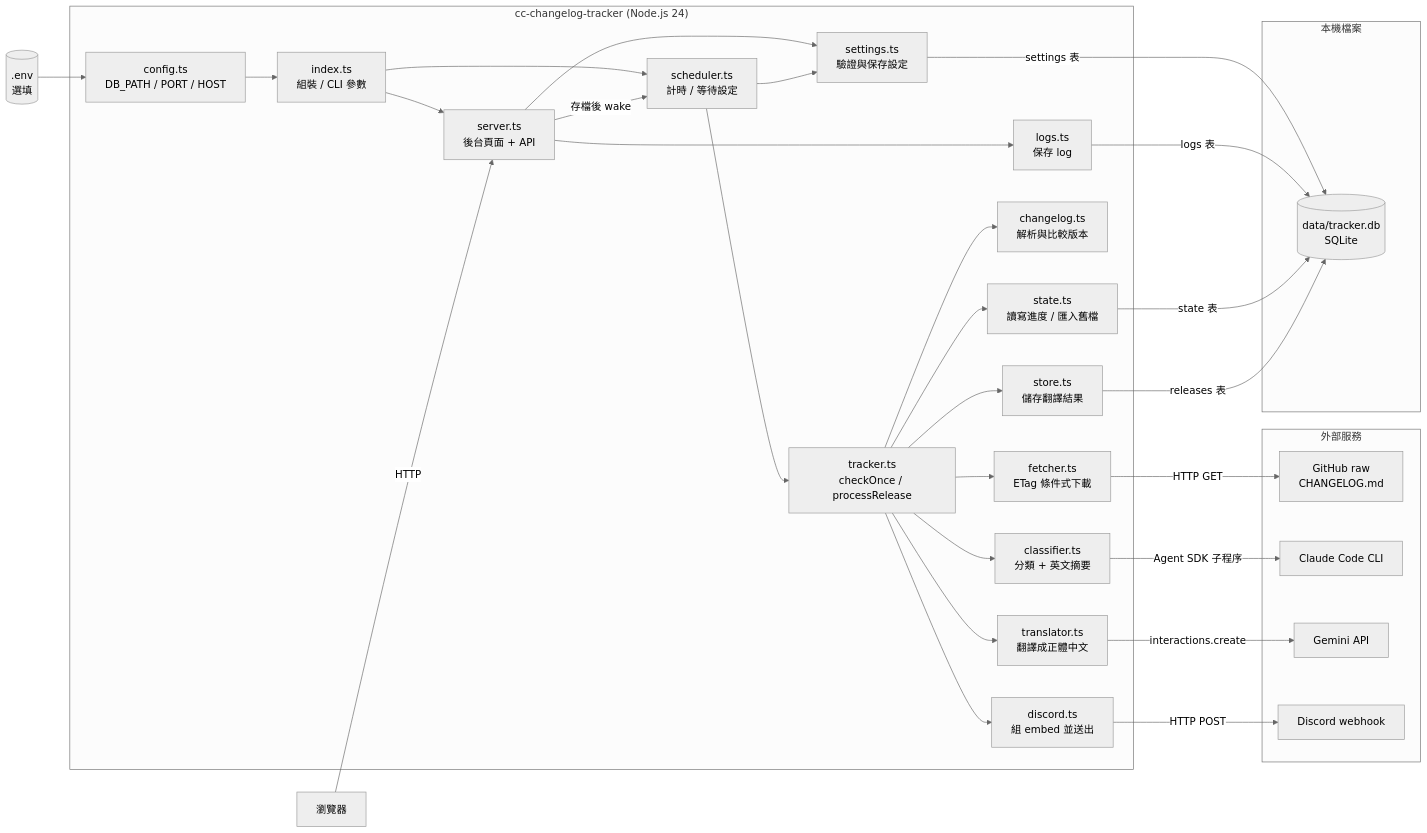
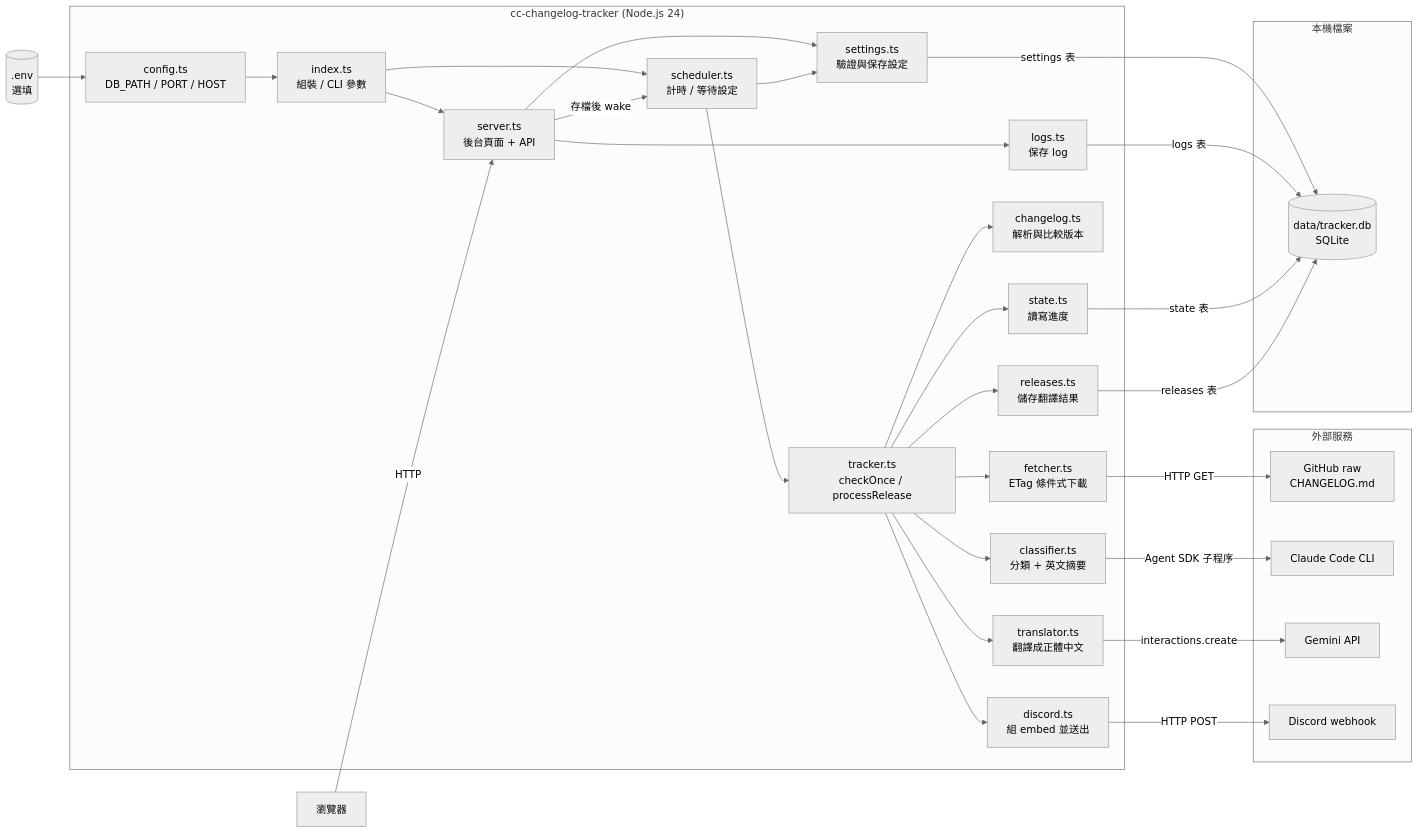
Before and after one commit to seanmars/cc-changelog-tracker: the diagram in docs/src/architecture.mmd, drawn with Mermaid (neutral theme). The commit also changed 8 other files, not shown here.

Commit message:
refactor: drop state.json migration and rename store to releases

```diff
--- a/docs/src/architecture.mmd
+++ b/docs/src/architecture.mmd
@@ -1,57 +1,57 @@
 flowchart LR
   env[(".env<br/>選填")]
   browser["瀏覽器"]
 
   subgraph app["cc-changelog-tracker (Node.js 24)"]
     config["config.ts<br/>DB_PATH / PORT / HOST"]
     index["index.ts<br/>組裝 / CLI 參數"]
     server["server.ts<br/>後台頁面 + API"]
     scheduler["scheduler.ts<br/>計時 / 等待設定"]
     settings["settings.ts<br/>驗證與保存設定"]
     logs["logs.ts<br/>保存 log"]
     tracker["tracker.ts<br/>checkOnce / processRelease"]
     fetcher["fetcher.ts<br/>ETag 條件式下載"]
     changelog["changelog.ts<br/>解析與比較版本"]
     classifier["classifier.ts<br/>分類 + 英文摘要"]
     translator["translator.ts<br/>翻譯成正體中文"]
     discord["discord.ts<br/>組 embed 並送出"]
-    state["state.ts<br/>讀寫進度 / 匯入舊檔"]
-    store["store.ts<br/>儲存翻譯結果"]
+    state["state.ts<br/>讀寫進度"]
+    releases["releases.ts<br/>儲存翻譯結果"]
   end
 
   subgraph ext["外部服務"]
     github["GitHub raw<br/>CHANGELOG.md"]
     claude["Claude Code CLI"]
     gemini["Gemini API"]
     webhook["Discord webhook"]
   end
 
   subgraph local["本機檔案"]
     dbfile[("data/tracker.db<br/>SQLite")]
   end
 
   env --> config
   config --> index
   index --> server
   index --> scheduler
   browser -->|"HTTP"| server
   server --> settings
   server --> logs
   server -->|"存檔後 wake"| scheduler
   scheduler --> settings
   scheduler --> tracker
   tracker --> fetcher
   tracker --> changelog
   tracker --> classifier
   tracker --> translator
   tracker --> discord
   tracker --> state
-  tracker --> store
+  tracker --> releases
   fetcher -->|"HTTP GET"| github
   classifier -->|"Agent SDK 子程序"| claude
   translator -->|"interactions.create"| gemini
   discord -->|"HTTP POST"| webhook
   settings -->|"settings 表"| dbfile
   logs -->|"logs 表"| dbfile
   state -->|"state 表"| dbfile
-  store -->|"releases 表"| dbfile
+  releases -->|"releases 表"| dbfile
```
